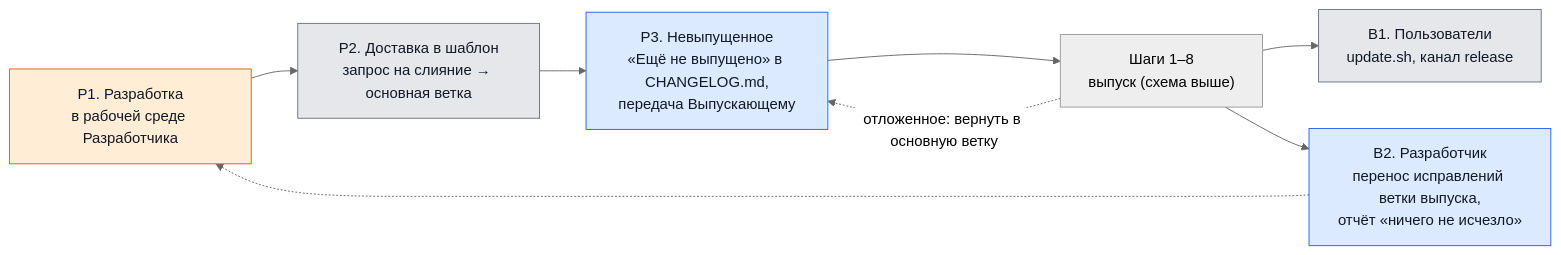
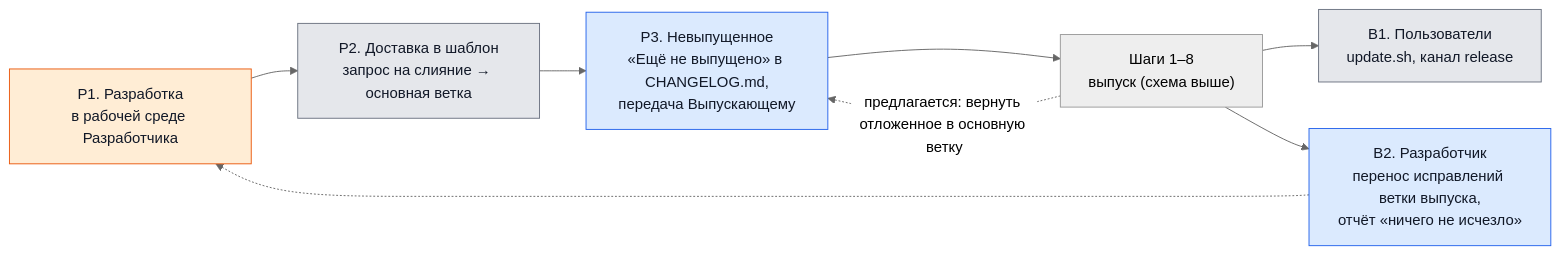
The second of 2 diagrams in method/pipeline.md (MimEcoSys/DS-iwe-releases), drawn with Mermaid (neutral theme) before and after one commit. The commit also changed other lines of this file, not shown here.

````diff
--- a/method/pipeline.md
+++ b/method/pipeline.md
@@ -51,20 +51,20 @@
 ```mermaid
 flowchart LR
     D1["Р1. Разработка<br/>в рабочей среде Разработчика"]
     D2["Р2. Доставка в шаблон<br/>запрос на слияние → основная ветка"]
     D3["Р3. Невыпущенное<br/>«Ещё не выпущено» в CHANGELOG.md,<br/>передача Выпускающему"]
     REL["Шаги 1–8<br/>выпуск (схема выше)"]
     U1["В1. Пользователи<br/>update.sh, канал release"]
     U2["В2. Разработчик<br/>перенос исправлений ветки выпуска,<br/>отчёт «ничего не исчезло»"]
     D1 --> D2 --> D3 --> REL
     REL --> U1
     REL --> U2
     U2 -.-> D1
-    REL -. "отложенное: вернуть в основную ветку" .-> D3
+    REL -. "предлагается: вернуть отложенное в основную ветку" .-> D3
     classDef program fill:#e5e7eb,stroke:#6b7280,color:#111827
     classDef agent fill:#dbeafe,stroke:#2563eb,color:#111827
     classDef human fill:#ffedd5,stroke:#ea580c,color:#111827
     class D2,U1 program
     class D3,U2 agent
     class D1 human
 ```
````
